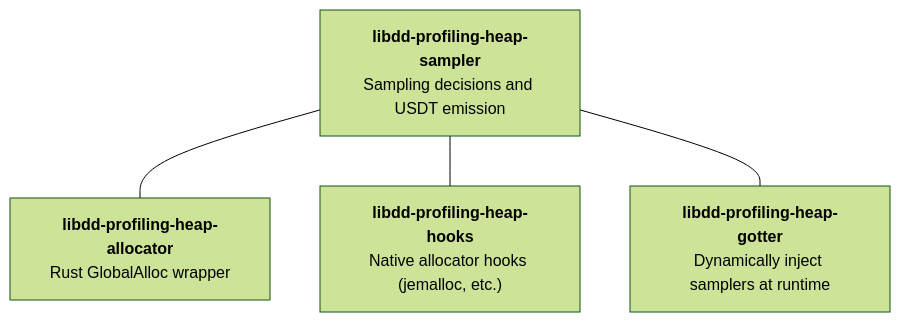
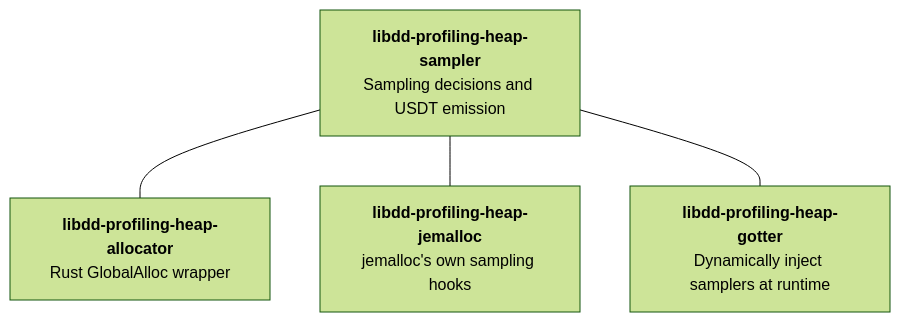
The diagram in libdd-profiling-heap-sampler/README.md (DataDog/libdatadog), drawn with Mermaid (forest theme) before and after one commit. The commit also changed other lines of this file and 8 other files, not shown here.

First line of the commit message:
feat(heap-profiling): add libdd-profiling-heap-jemalloc crate

````diff
--- a/libdd-profiling-heap-sampler/README.md
+++ b/libdd-profiling-heap-sampler/README.md
@@ -36,11 +36,11 @@
 ```mermaid
 flowchart TB
     sampler["<b>libdd-profiling-heap-sampler</b><br/>Sampling decisions and USDT emission"]
     allocator["<b>libdd-profiling-heap-allocator</b><br/>Rust GlobalAlloc wrapper"]
-    hooks["<b>libdd-profiling-heap-hooks</b><br/>Native allocator hooks (jemalloc, etc.)"]
+    hooks["<b>libdd-profiling-heap-jemalloc</b><br/>jemalloc's own sampling hooks"]
     gotter["<b>libdd-profiling-heap-gotter</b><br/>Dynamically inject samplers at runtime"]
 
     sampler --- allocator
     sampler --- hooks
     sampler --- gotter
 ```
````
